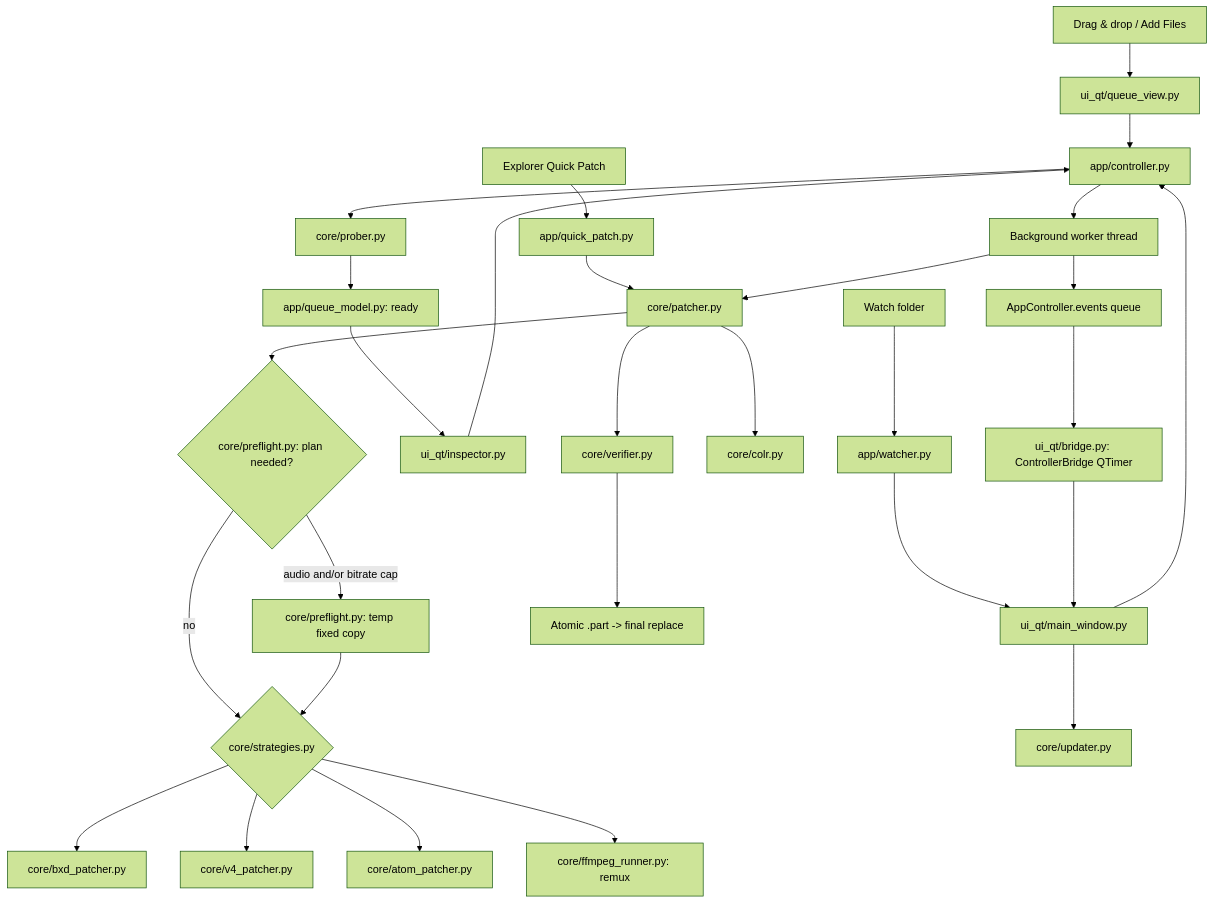
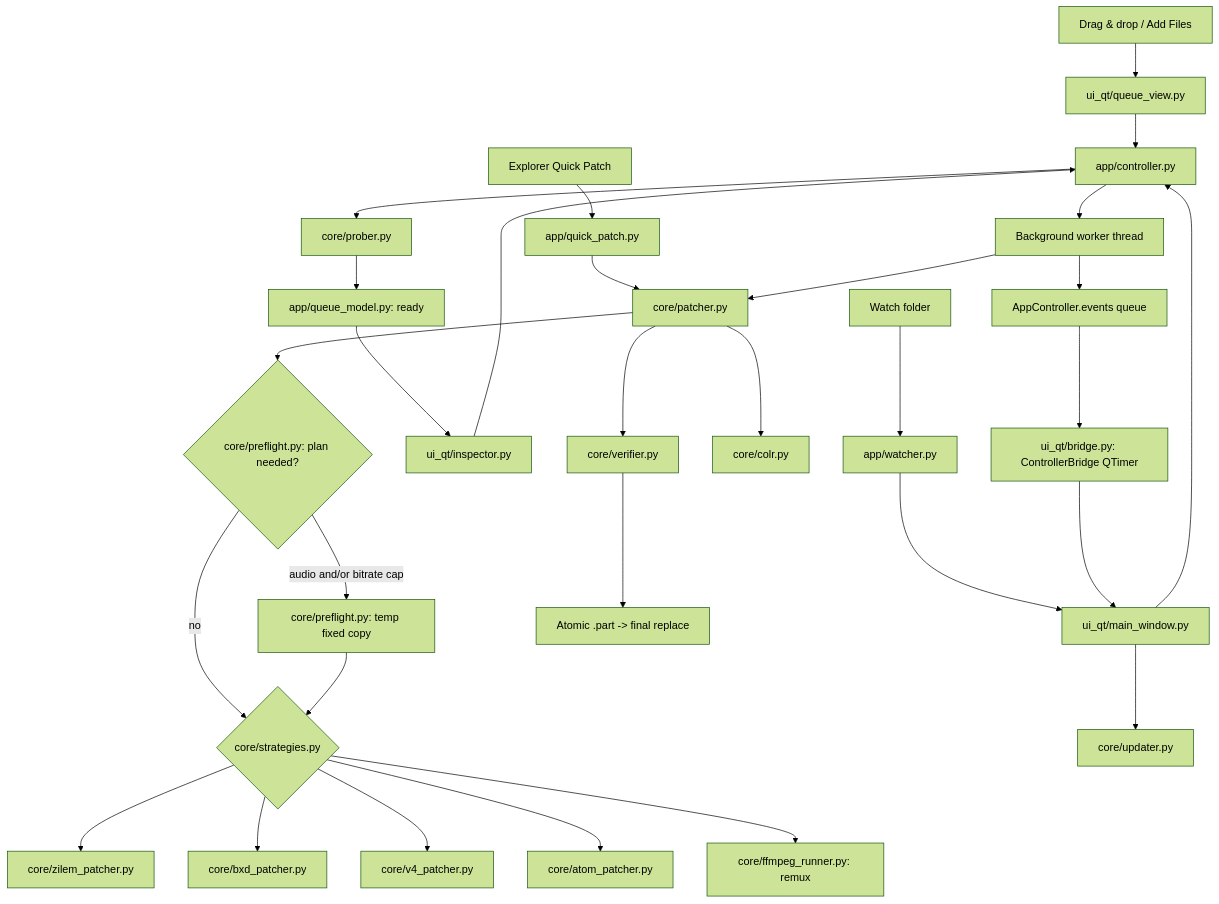
Before and after one commit to x1Swimzft/FPS-Patcher-Studio: the diagram in AI_CODEBASE_SUMMARY.md, drawn with Mermaid (forest theme). The commit also changed other lines of this file, not shown here.

Commit message:
docs: refresh codebase summary for 2.1.0 and Zilem

````diff
--- a/AI_CODEBASE_SUMMARY.md
+++ b/AI_CODEBASE_SUMMARY.md
@@ -171,31 +172,32 @@
 ```mermaid
 flowchart TD
     Drop["Drag & drop / Add Files"] --> QueueView["ui_qt/queue_view.py"]
     Watch["Watch folder"] --> Watcher["app/watcher.py"]
     Explorer["Explorer Quick Patch"] --> QuickPatch["app/quick_patch.py"]
     QueueView --> Controller["app/controller.py"]
     Watcher --> MainWindow["ui_qt/main_window.py"]
     MainWindow --> Controller
     QuickPatch --> Patcher["core/patcher.py"]
     Controller --> Probe["core/prober.py"]
     Probe --> QueueModel["app/queue_model.py: ready"]
     QueueModel --> Inspector["ui_qt/inspector.py"]
     Inspector --> Controller
     Controller --> Worker["Background worker thread"]
     Worker --> Patcher
     Patcher --> Plan{"core/preflight.py: plan needed?"}
     Plan -- "audio and/or bitrate cap" --> Preflight["core/preflight.py: temp fixed copy"]
     Plan -- "no" --> Strategy
     Preflight --> Strategy{"core/strategies.py"}
+    Strategy --> Zilem["core/zilem_patcher.py"]
     Strategy --> BXD["core/bxd_patcher.py"]
     Strategy --> V4["core/v4_patcher.py"]
     Strategy --> Atom["core/atom_patcher.py"]
     Strategy --> FFmpeg["core/ffmpeg_runner.py: remux"]
     Patcher --> Colr["core/colr.py"]
     Patcher --> Verify["core/verifier.py"]
     Verify --> Atomic["Atomic .part -> final replace"]
     Worker --> Events["AppController.events queue"]
     Events --> Bridge["ui_qt/bridge.py: ControllerBridge QTimer"]
     Bridge --> MainWindow
     MainWindow --> Update["core/updater.py"]
 ```
````
